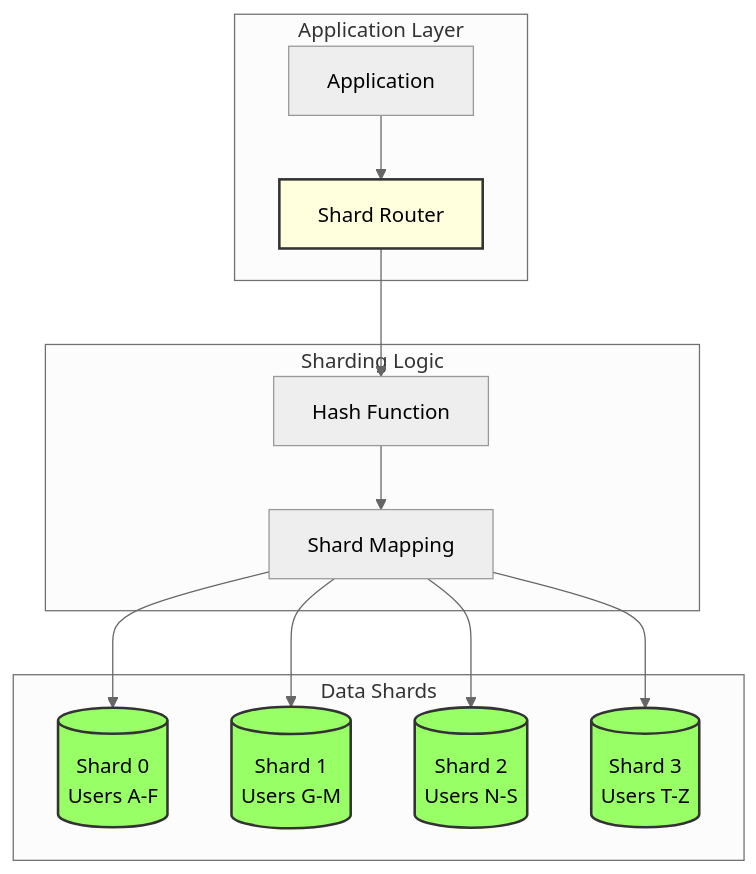
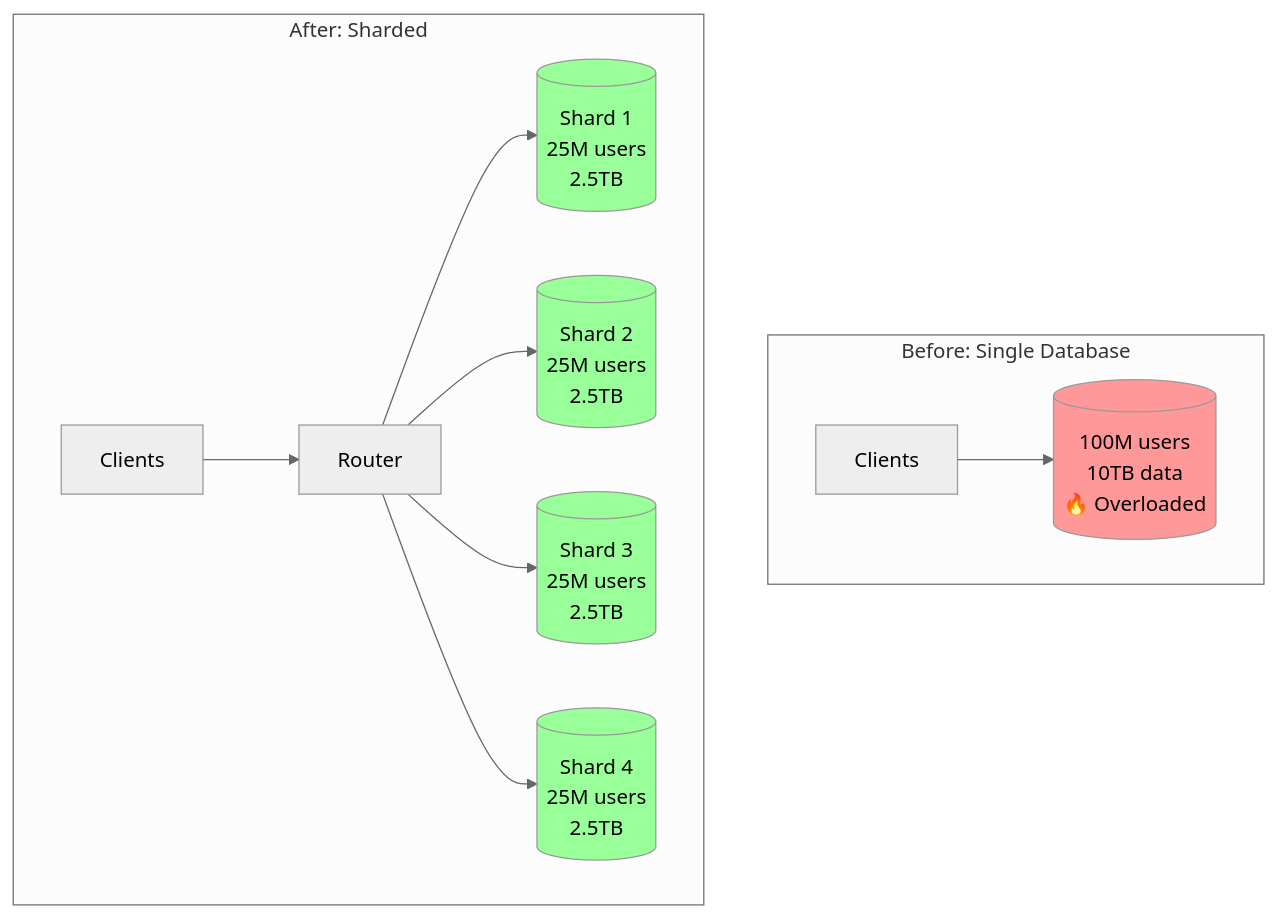
Before and after one commit to deepaucksharma/DStudio: the second of 6 diagrams in docs/pattern-library/scaling/sharding.md, drawn with Mermaid (neutral theme). The commit also changed other lines of this file and 64 other files, not shown here.

````diff
--- a/docs/pattern-library/scaling/sharding.md
+++ b/docs/pattern-library/scaling/sharding.md
@@ -78,33 +115,20 @@
 ```mermaid
 graph TB
-    subgraph "Application Layer"
-        APP[Application]
-        ROUTER[Shard Router]
+    subgraph "Before: Single Database"
+        C1[Clients] --> DB[(100M users<br/>10TB data<br/>🔥 Overloaded)]
     end
     
-    subgraph "Sharding Logic"
-        HASH[Hash Function]
-        MAP[Shard Mapping]
+    subgraph "After: Sharded"
+        C2[Clients] --> R[Router]
+        R --> S1[(Shard 1<br/>25M users<br/>2.5TB)]
+        R --> S2[(Shard 2<br/>25M users<br/>2.5TB)]
+        R --> S3[(Shard 3<br/>25M users<br/>2.5TB)]
+        R --> S4[(Shard 4<br/>25M users<br/>2.5TB)]
     end
     
-    subgraph "Data Shards"
-        S0[(Shard 0<br/>Users A-F)]
-        S1[(Shard 1<br/>Users G-M)]
-        S2[(Shard 2<br/>Users N-S)]
-        S3[(Shard 3<br/>Users T-Z)]
-    end
-    
-    APP --> ROUTER
-    ROUTER --> HASH
-    HASH --> MAP
-    MAP --> S0
-    MAP --> S1
-    MAP --> S2
-    MAP --> S3
-    
-    style ROUTER fill:#ffd,stroke:#333,stroke-width:2px
-    style S0 fill:#9f6,stroke:#333,stroke-width:2px
-    style S1 fill:#9f6,stroke:#333,stroke-width:2px
-    style S2 fill:#9f6,stroke:#333,stroke-width:2px
-    style S3 fill:#9f6,stroke:#333,stroke-width:2px
+    style DB fill:#f99
+    style S1 fill:#9f9
+    style S2 fill:#9f9
+    style S3 fill:#9f9
+    style S4 fill:#9f9
 ```
````
